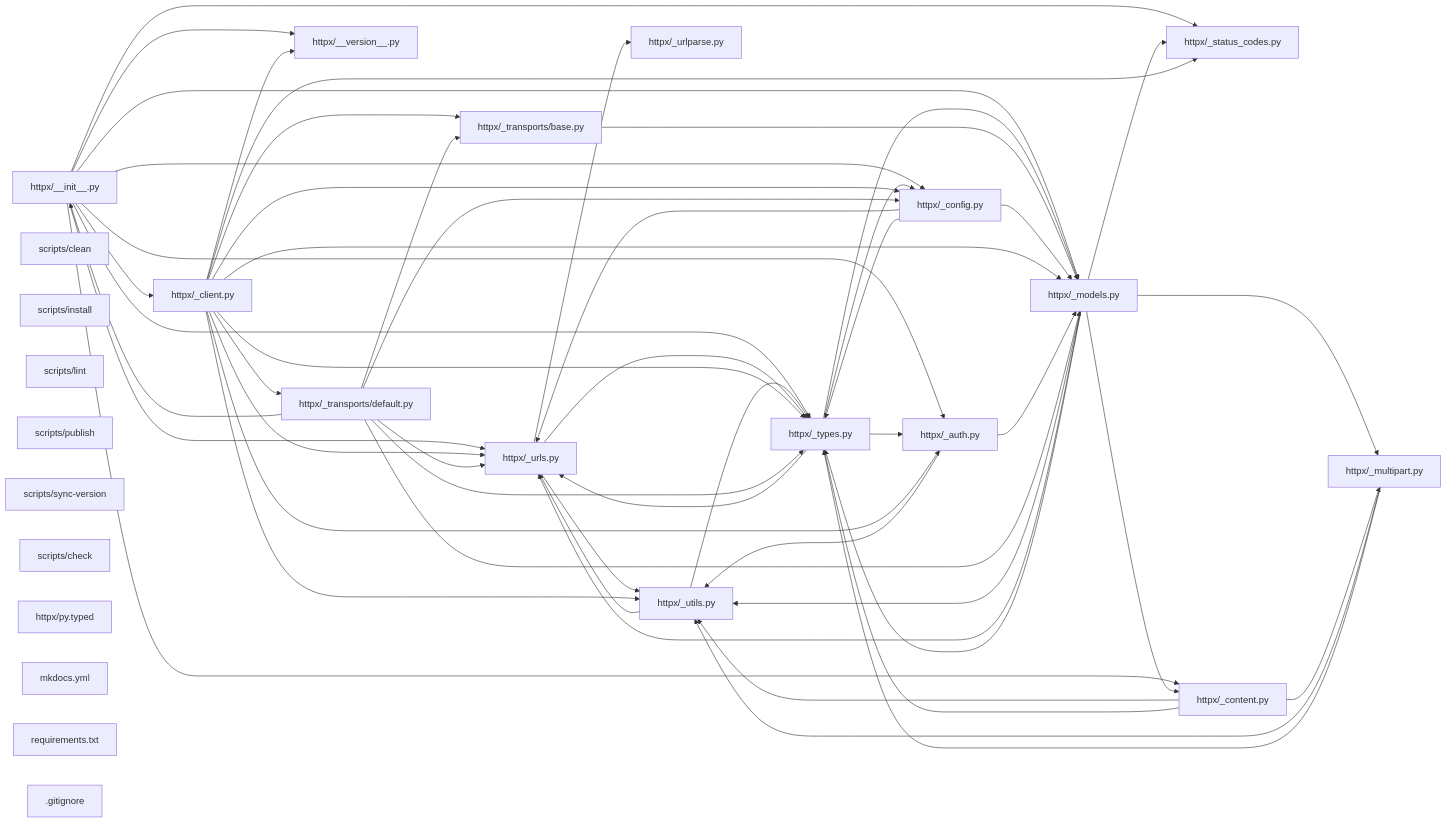
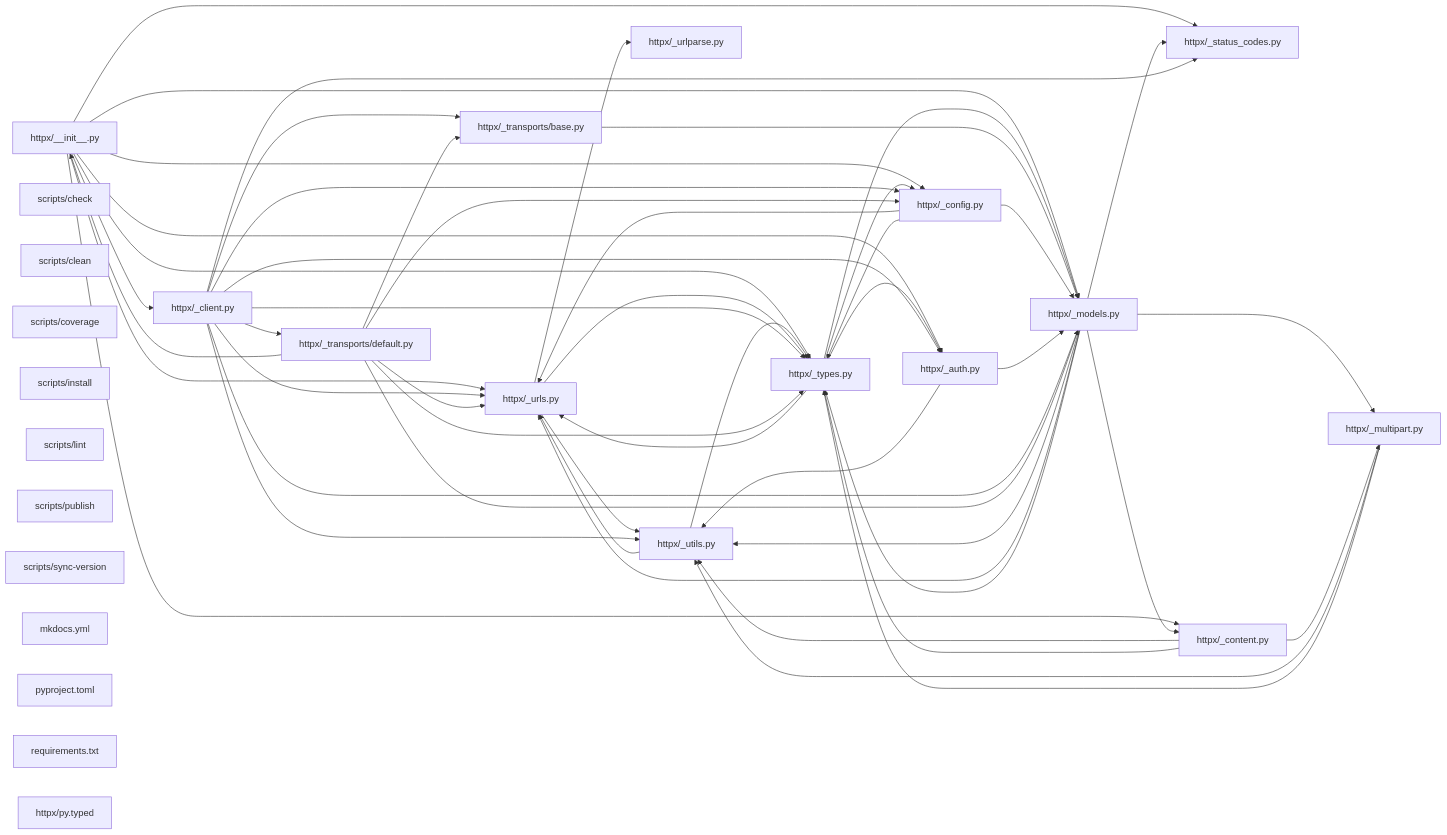
The diagram in benchmark_results/contexts/httpx_CONTEXT.md (hey-granth/codectx-benchmarking), drawn with Mermaid before and after one commit. The commit also changed other lines of this file and 10 other files, not shown here.

````diff
--- a/benchmark_results/contexts/httpx_CONTEXT.md
+++ b/benchmark_results/contexts/httpx_CONTEXT.md
@@ -470,79 +186,77 @@
 ```mermaid
 graph LR
     f0["httpx/__init__.py"]
     f1["httpx/_types.py"]
     f2["httpx/_utils.py"]
     f3["httpx/_urls.py"]
-    f4["scripts/clean"]
-    f5["scripts/install"]
-    f6["scripts/lint"]
-    f7["scripts/publish"]
-    f8["scripts/sync-version"]
-    f9["scripts/check"]
-    f10["httpx/py.typed"]
+    f4["scripts/check"]
+    f5["scripts/clean"]
+    f6["scripts/coverage"]
+    f7["scripts/install"]
+    f8["scripts/lint"]
+    f9["scripts/publish"]
+    f10["scripts/sync-version"]
     f11["mkdocs.yml"]
-    f12["requirements.txt"]
-    f13["httpx/_transports/base.py"]
-    f14["httpx/_models.py"]
-    f15["httpx/_config.py"]
-    f16["httpx/_urlparse.py"]
-    f17["httpx/_status_codes.py"]
-    f18["httpx/_client.py"]
-    f19["httpx/_auth.py"]
-    f20["httpx/_transports/default.py"]
-    f21["httpx/_multipart.py"]
-    f22["httpx/_content.py"]
-    f23["httpx/__version__.py"]
-    f24[".gitignore"]
+    f12["pyproject.toml"]
+    f13["requirements.txt"]
+    f14["httpx/py.typed"]
+    f15["httpx/_transports/base.py"]
+    f16["httpx/_models.py"]
+    f17["httpx/_config.py"]
+    f18["httpx/_urlparse.py"]
+    f19["httpx/_status_codes.py"]
+    f20["httpx/_auth.py"]
+    f21["httpx/_client.py"]
+    f22["httpx/_transports/default.py"]
+    f23["httpx/_content.py"]
+    f24["httpx/_multipart.py"]
     f0 --> f3
     f0 --> f1
+    f0 --> f19
+    f0 --> f16
+    f0 --> f23
     f0 --> f17
-    f0 --> f14
-    f0 --> f22
-    f0 --> f15
-    f0 --> f18
-    f0 --> f19
-    f0 --> f23
+    f0 --> f21
+    f0 --> f20
     f1 --> f3
-    f1 --> f14
-    f1 --> f15
-    f1 --> f19
+    f1 --> f16
+    f1 --> f17
+    f1 --> f20
     f2 --> f3
     f2 --> f1
     f3 --> f2
-    f3 --> f16
+    f3 --> f18
     f3 --> f1
-    f13 --> f14
-    f14 --> f2
-    f14 --> f3
-    f14 --> f1
-    f14 --> f17
-    f14 --> f21
-    f14 --> f22
-    f15 --> f3
-    f15 --> f1
-    f15 --> f14
-    f18 --> f2
-    f18 --> f3
-    f18 --> f1
-    f18 --> f20
-    f18 --> f13
-    f18 --> f17
-    f18 --> f14
-    f18 --> f15
-    f18 --> f19
-    f18 --> f23
-    f19 --> f2
-    f19 --> f14
-    f20 --> f13
-    f20 --> f3
-    f20 --> f1
-    f20 --> f14
-    f20 --> f15
-    f20 --> f0
+    f15 --> f16
+    f16 --> f2
+    f16 --> f3
+    f16 --> f1
+    f16 --> f19
+    f16 --> f24
+    f16 --> f23
+    f17 --> f3
+    f17 --> f1
+    f17 --> f16
+    f20 --> f2
+    f20 --> f16
     f21 --> f2
+    f21 --> f3
     f21 --> f1
-    f22 --> f2
+    f21 --> f22
+    f21 --> f15
+    f21 --> f19
+    f21 --> f16
+    f21 --> f17
+    f21 --> f20
+    f22 --> f15
+    f22 --> f3
     f22 --> f1
-    f22 --> f21
+    f22 --> f16
+    f22 --> f17
+    f22 --> f0
+    f23 --> f2
+    f23 --> f1
+    f23 --> f24
+    f24 --> f2
+    f24 --> f1
 ```
````
